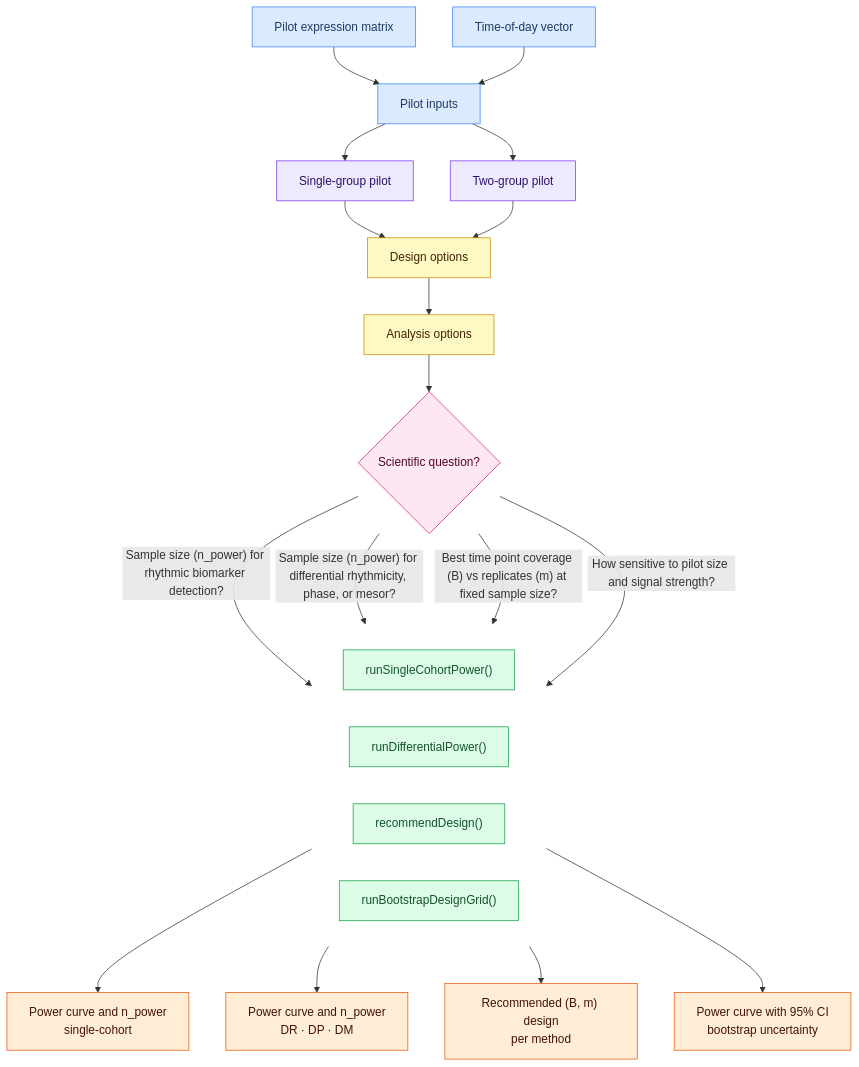
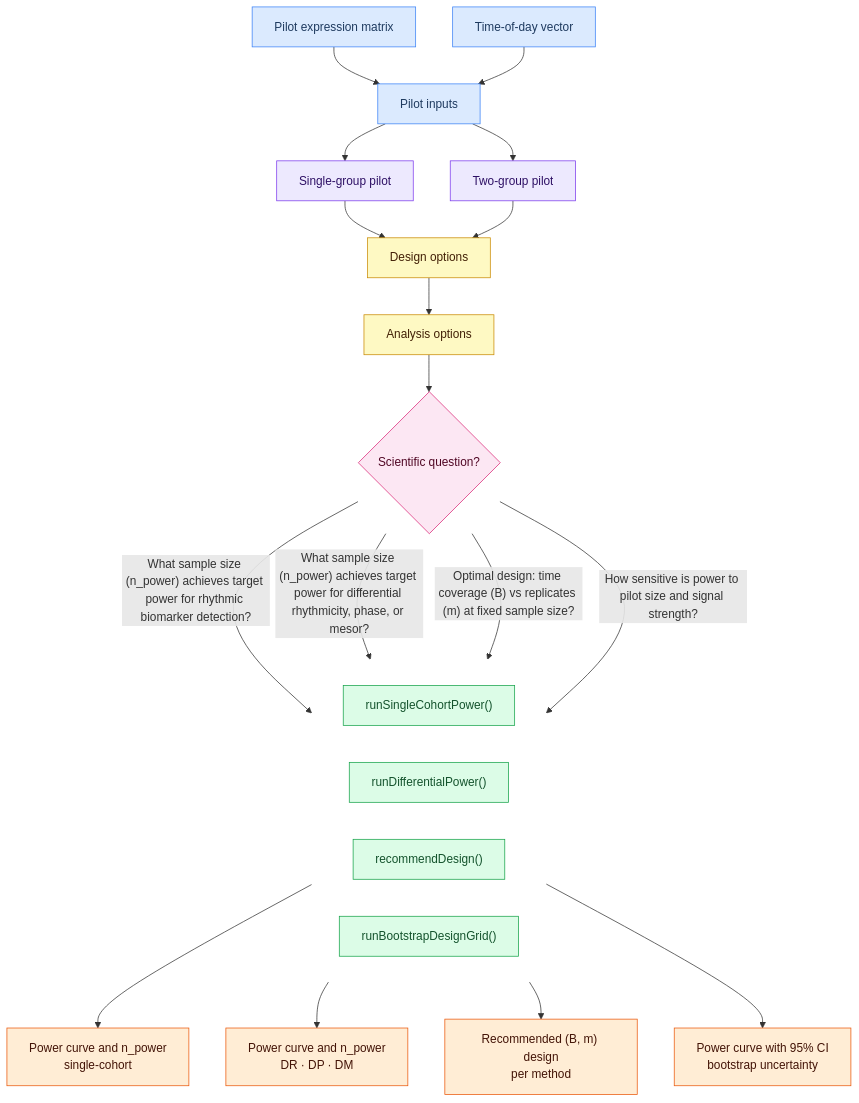
Before and after one commit to quythien/SCP: the diagram in vignettes/SCP_vignette.md, drawn with Mermaid.

Commit message:
Polish flowchart branch questions: add power, spell out Q3/Q4

````diff
--- a/vignettes/SCP_vignette.md
+++ b/vignettes/SCP_vignette.md
@@ -65,67 +65,67 @@
 ```mermaid
 flowchart TD
 
     A["Pilot expression matrix"]
     B["Time-of-day vector"]
     I["Pilot inputs"]
 
     C["Single-group pilot"]
     D["Two-group pilot"]
 
     E["Design options"]
     F["Analysis options"]
 
     G{"Scientific question?"}
 
     subgraph RUNNERS[" "]
         direction LR
         SC["runSingleCohortPower()"]
         DF["runDifferentialPower()"]
         BM["recommendDesign()"]
         BS["runBootstrapDesignGrid()"]
     end
 
     R1["Power curve and n_power
 single-cohort"]
     R2["Power curve and n_power
 DR · DP · DM"]
     R3["Recommended (B, m) design
 per method"]
     R4["Power curve with 95% CI
 bootstrap uncertainty"]
 
     A --> I
     B --> I
     I --> C
     I --> D
     C --> E
     D --> E
     E --> F
     F --> G
 
-    G -- "Sample size (n_power) for rhythmic biomarker detection?" --> SC
-    G -- "Sample size (n_power) for differential rhythmicity, phase, or mesor?" --> DF
-    G -- "Best time point coverage (B) vs replicates (m) at fixed sample size?" --> BM
-    G -- "How sensitive to pilot size and signal strength?" --> BS
+    G -- "What sample size (n_power) achieves target power for rhythmic biomarker detection?" --> SC
+    G -- "What sample size (n_power) achieves target power for differential rhythmicity, phase, or mesor?" --> DF
+    G -- "Optimal design: time coverage (B) vs replicates (m) at fixed sample size?" --> BM
+    G -- "How sensitive is power to pilot size and signal strength?" --> BS
 
     SC --> R1
     DF --> R2
     BM --> R3
     BS --> R4
 
     classDef input   fill:#dbeafe,stroke:#3b82f6,color:#1e3a5f
     classDef est     fill:#ede9fe,stroke:#7c3aed,color:#2e1065
     classDef opts    fill:#fef9c3,stroke:#ca8a04,color:#422006
     classDef decide  fill:#fce7f3,stroke:#db2777,color:#500724
     classDef runner  fill:#dcfce7,stroke:#16a34a,color:#14532d
     classDef result  fill:#ffedd5,stroke:#ea580c,color:#431407
     classDef hidden  fill:none,stroke:none,color:none
 
     class A,B,I input
     class C,D est
     class E,F opts
     class G decide
     class SC,DF,BM,BS runner
     class R1,R2,R3,R4 result
     class RUNNERS hidden
 ```
````
